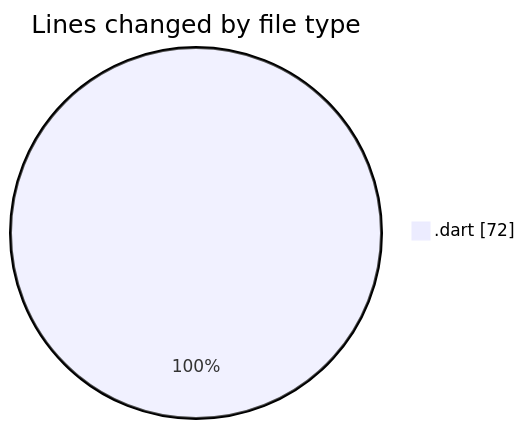
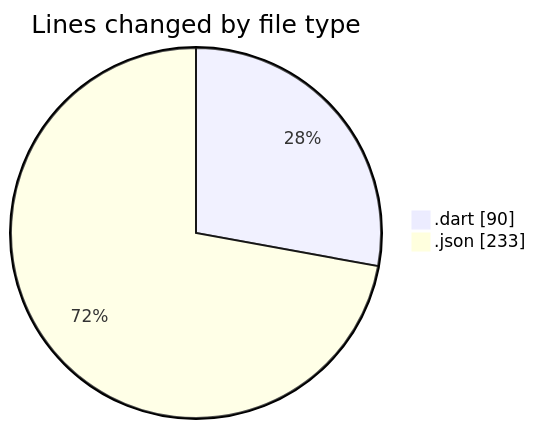
The first of 2 diagrams in 2025-04-17/belajar_flutter/README.md (idhammustaqopulfikri/code-tracking), drawn with Mermaid before and after one commit. The commit also changed other lines of this file and 1 other file, not shown here.

````diff
--- a/2025-04-17/belajar_flutter/README.md
+++ b/2025-04-17/belajar_flutter/README.md
@@ -22,5 +23,6 @@
 ```mermaid
 pie showData
 title Lines changed by file type
-".dart" : 72
+".dart" : 90
+".json" : 233
 ```
````
